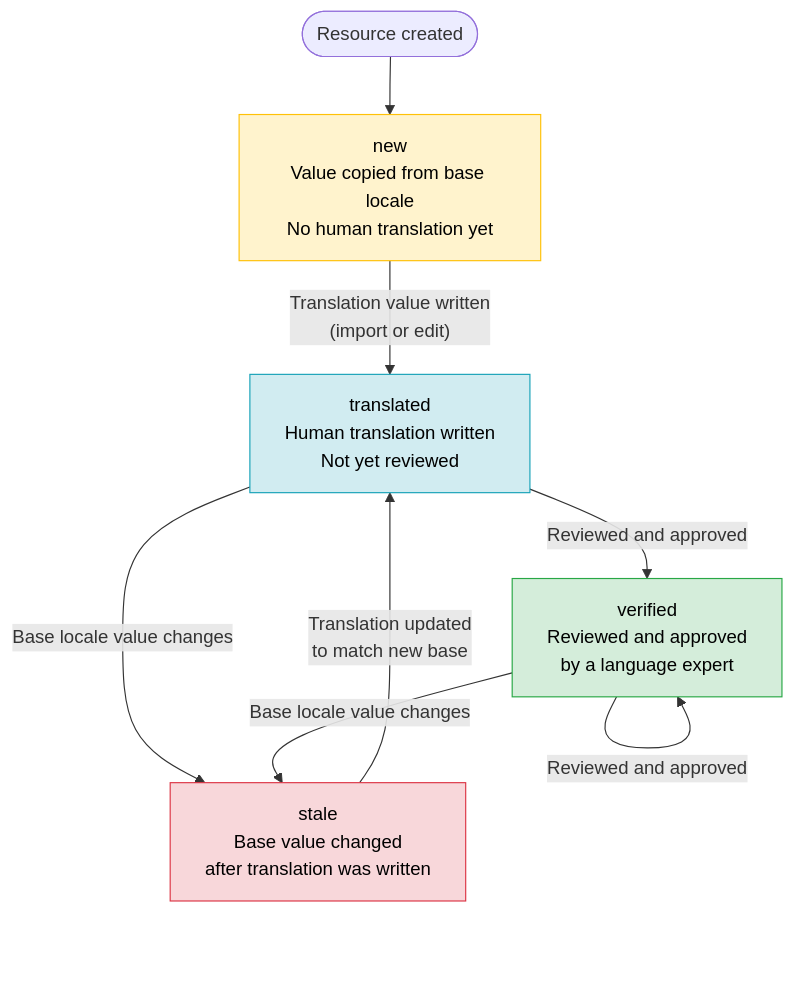
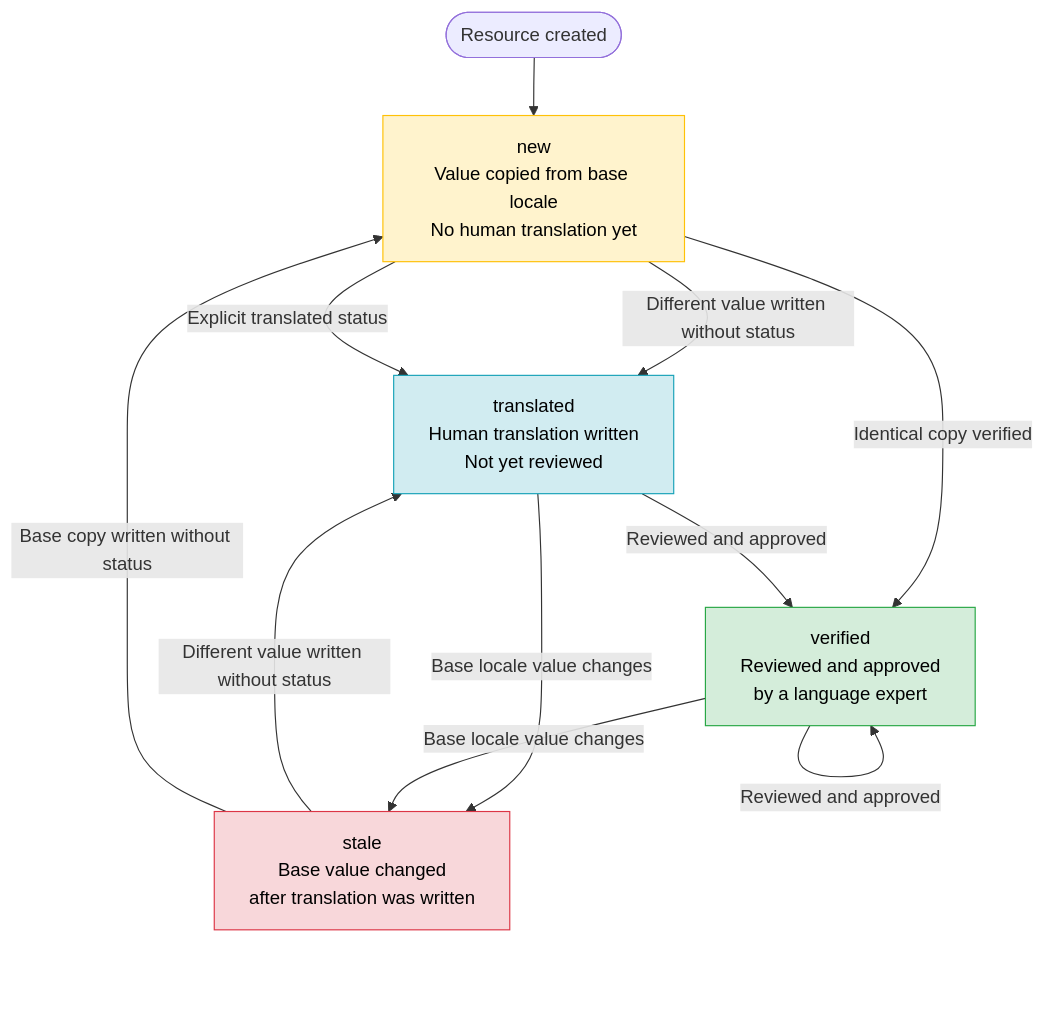
The second of 2 diagrams in architecture-docs/domain-and-data-model.md (SimonNodel-AI/lingo-tracker), drawn with Mermaid before and after one commit. The commit also changed other lines of this file and 36 other files, not shown here.

First line of the commit message:
fix(core)!: one write rule decides a translation's stored status

````diff
--- a/architecture-docs/domain-and-data-model.md
+++ b/architecture-docs/domain-and-data-model.md
@@ -348,21 +348,24 @@
 ```mermaid
 flowchart TD
     START([Resource created]) --> NEW
 
     NEW["new\nValue copied from base locale\nNo human translation yet"]
     TRANSLATED["translated\nHuman translation written\nNot yet reviewed"]
     STALE["stale\nBase value changed\nafter translation was written"]
     VERIFIED["verified\nReviewed and approved\nby a language expert"]
 
-    NEW -- "Translation value written\n(import or edit)" --> TRANSLATED
+    NEW -- "Different value written without status" --> TRANSLATED
+    NEW -- "Explicit translated status" --> TRANSLATED
+    NEW -- "Identical copy verified" --> VERIFIED
     TRANSLATED -- "Reviewed and approved" --> VERIFIED
     VERIFIED -- "Reviewed and approved" --> VERIFIED
     TRANSLATED -- "Base locale value changes" --> STALE
     VERIFIED -- "Base locale value changes" --> STALE
-    STALE -- "Translation updated\nto match new base" --> TRANSLATED
+    STALE -- "Different value written without status" --> TRANSLATED
+    STALE -- "Base copy written without status" --> NEW
 
     style NEW fill:#fff3cd,stroke:#ffc107,color:#000
     style TRANSLATED fill:#d1ecf1,stroke:#17a2b8,color:#000
     style STALE fill:#f8d7da,stroke:#dc3545,color:#000
     style VERIFIED fill:#d4edda,stroke:#28a745,color:#000
 ```
````
